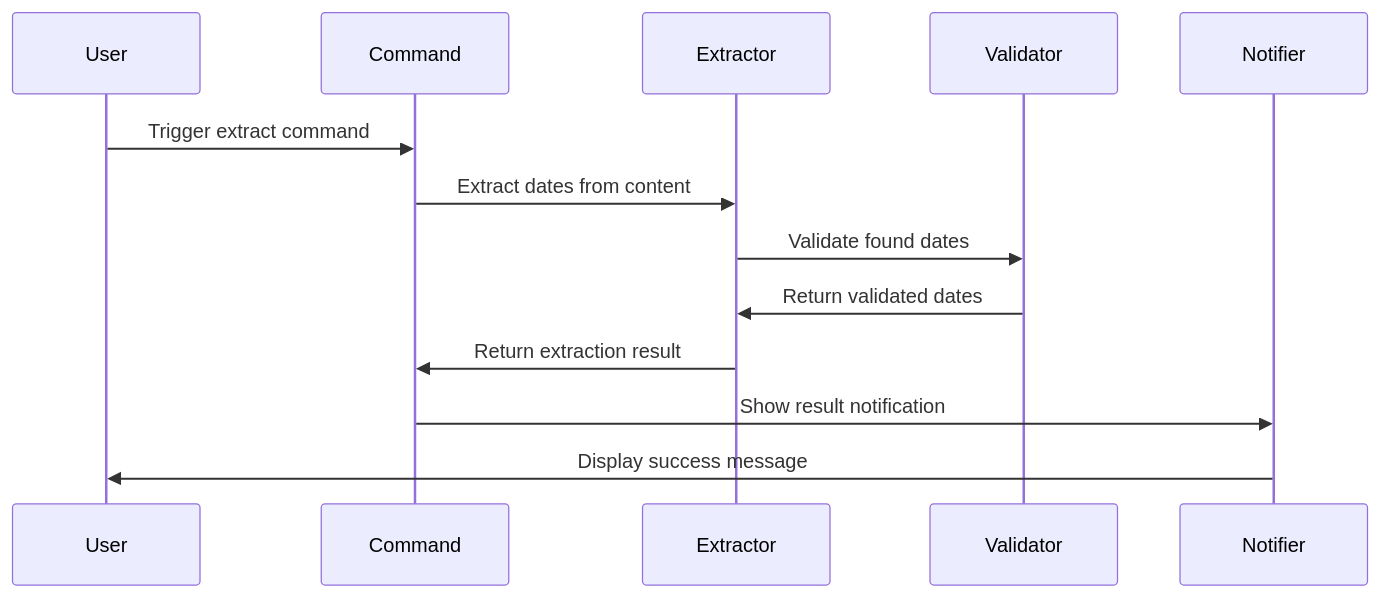
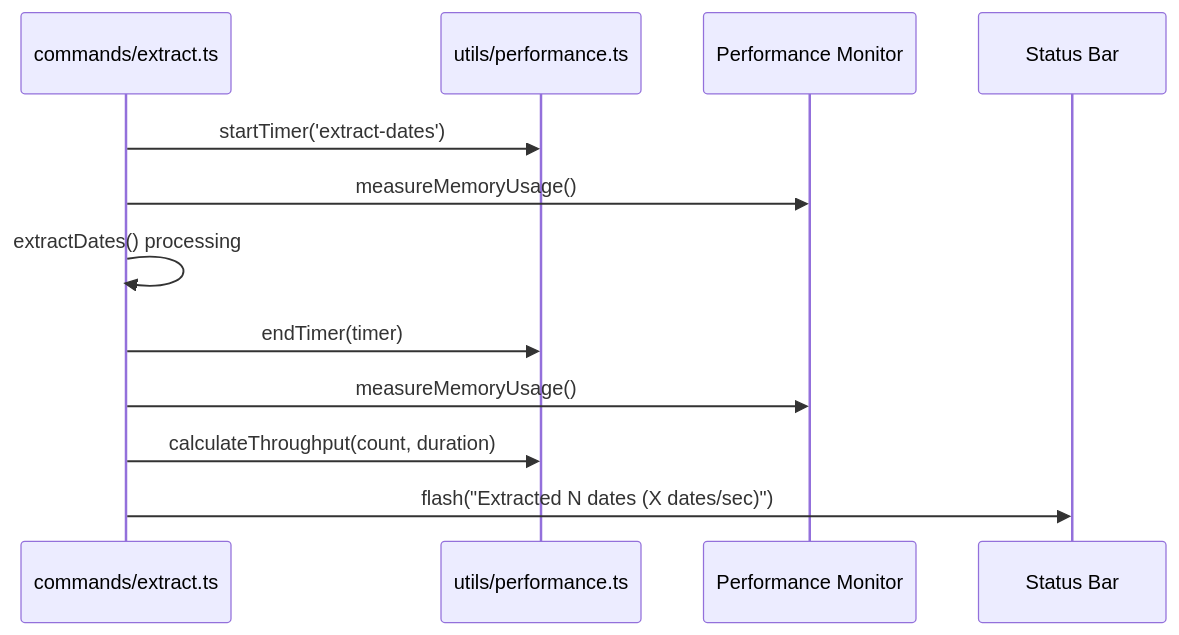
The fifth of 5 diagrams in docs/ARCHITECTURE.md (nolindnaidoo/dates-le), drawn with Mermaid before and after one commit. The commit also changed other lines of this file and 52 other files, not shown here.

````diff
--- a/docs/ARCHITECTURE.md
+++ b/docs/ARCHITECTURE.md
@@ -139,16 +411,15 @@
 ```mermaid
 sequenceDiagram
-    participant U as User
-    participant C as Command
-    participant E as Extractor
-    participant V as Validator
-    participant N as Notifier
+  participant CMD as commands/extract.ts
+  participant PERF as utils/performance.ts
+  participant MON as Performance Monitor
+  participant UI as Status Bar
 
-    U->>C: Trigger extract command
-    C->>E: Extract dates from content
-    E->>V: Validate found dates
-    V->>E: Return validated dates
-    E->>C: Return extraction result
-    C->>N: Show result notification
-    N->>U: Display success message
+  CMD->>PERF: startTimer('extract-dates')
+  CMD->>MON: measureMemoryUsage()
+  CMD->>CMD: extractDates() processing
+  CMD->>PERF: endTimer(timer)
+  CMD->>MON: measureMemoryUsage()
+  CMD->>PERF: calculateThroughput(count, duration)
+  CMD->>UI: flash("Extracted N dates (X dates/sec)")
 ```
````
